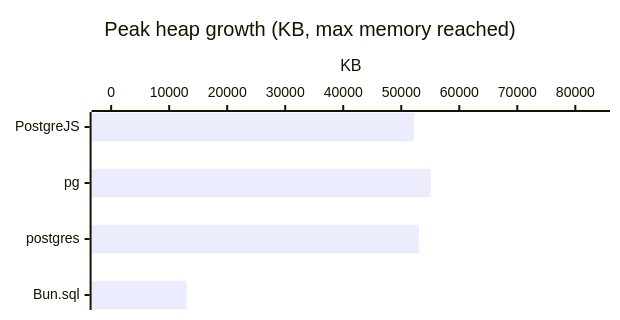
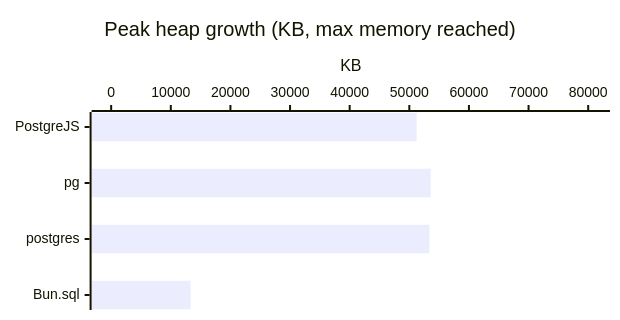
One commit to panates/postgrejs-doc changed diagram 12 of 56 in docs/getting-started/benchmarks-bun.md. Above: the diagram before and after it, drawn with Mermaid. The commit also changed other lines of this file and 13 other files, not shown here.

````diff
--- a/docs/getting-started/benchmarks-bun.md
+++ b/docs/getting-started/benchmarks-bun.md
@@ -319,8 +326,8 @@
 ```mermaid
 %%{init: {'xyChart': {'width': 600, 'height': 300, 'chartOrientation': 'horizontal'}}}%%
 xychart-beta
     title "Peak heap growth (KB, max memory reached)"
     x-axis ["PostgreJS", "pg", "postgres", "Bun.sql"]
-    y-axis "KB" 0.0000 --> 82603.6904
-    bar [52173.7100, 55069.1270, 53076.4238, 13030.9229]
+    y-axis "KB" 0.0000 --> 80376.0938
+    bar [51223.2998, 53584.0625, 53371.8564, 13321.0762]
 ```
````
